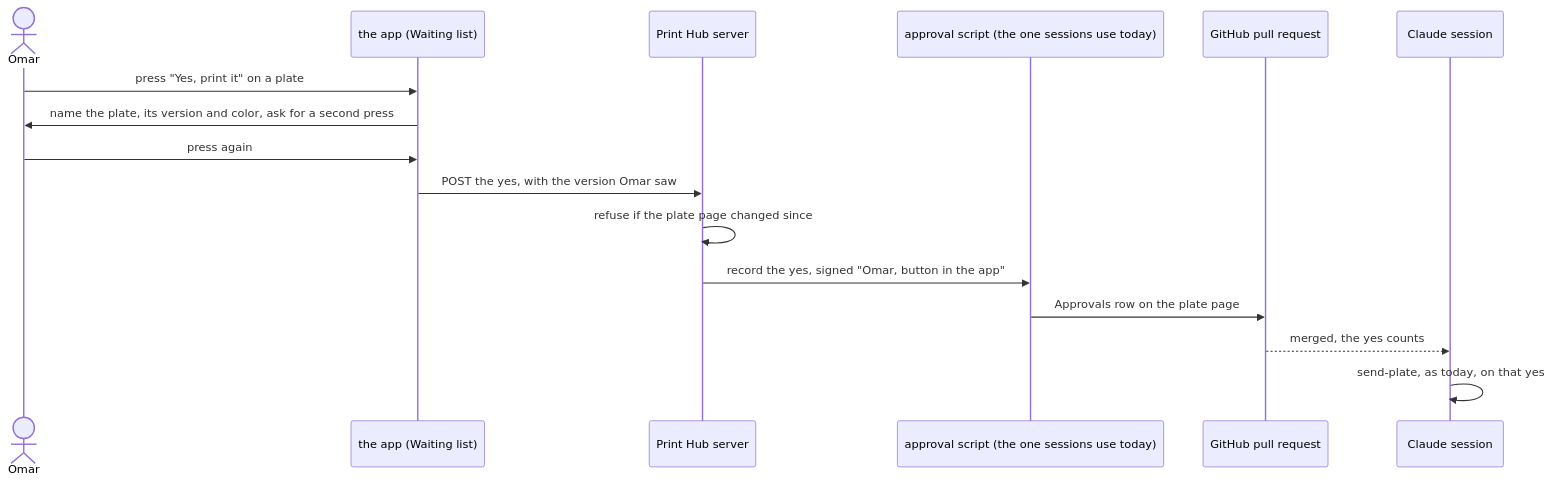
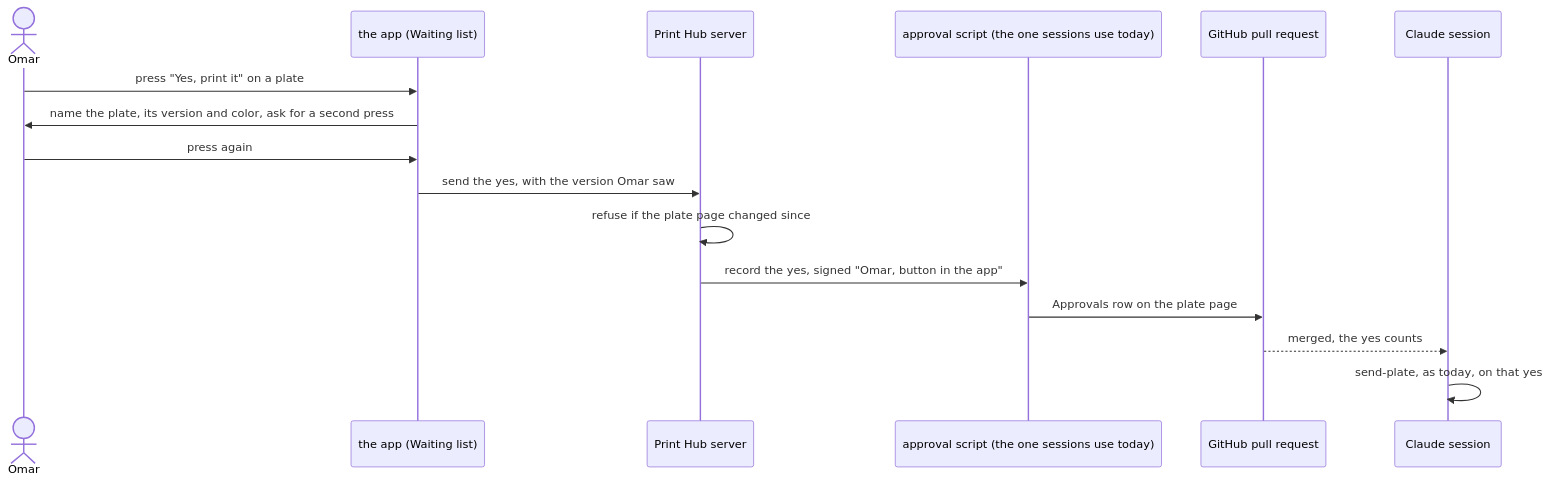
One commit to omars-lab/3d-models changed the ninth of 11 diagrams in docs/design/process/users-and-surfaces-design.md. Above: the diagram before and after it, drawn with Mermaid. The commit also changed other lines of this file, not shown here.

````diff
--- a/docs/design/process/users-and-surfaces-design.md
+++ b/docs/design/process/users-and-surfaces-design.md
@@ -551,19 +551,19 @@
 ```mermaid
 sequenceDiagram
   actor O as Omar
   participant A as the app (Waiting list)
   participant S as Print Hub server
   participant G as approval script (the one sessions use today)
   participant R as GitHub pull request
   participant CS as Claude session
 
   O->>A: press "Yes, print it" on a plate
   A->>O: name the plate, its version and color, ask for a second press
   O->>A: press again
-  A->>S: POST the yes, with the version Omar saw
+  A->>S: send the yes, with the version Omar saw
   S->>S: refuse if the plate page changed since
   S->>G: record the yes, signed "Omar, button in the app"
   G->>R: Approvals row on the plate page
   R-->>CS: merged, the yes counts
   CS->>CS: send-plate, as today, on that yes
 ```
````
